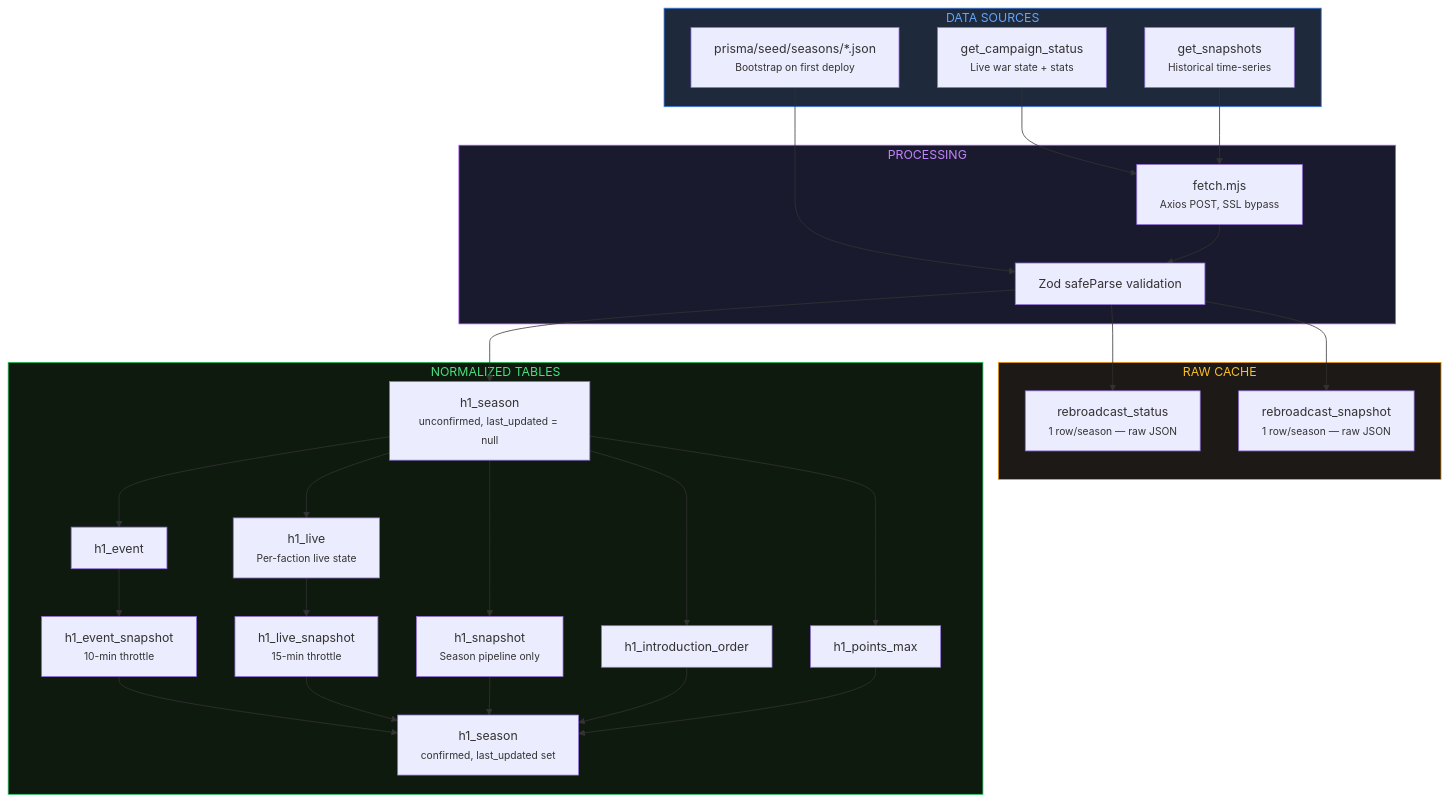
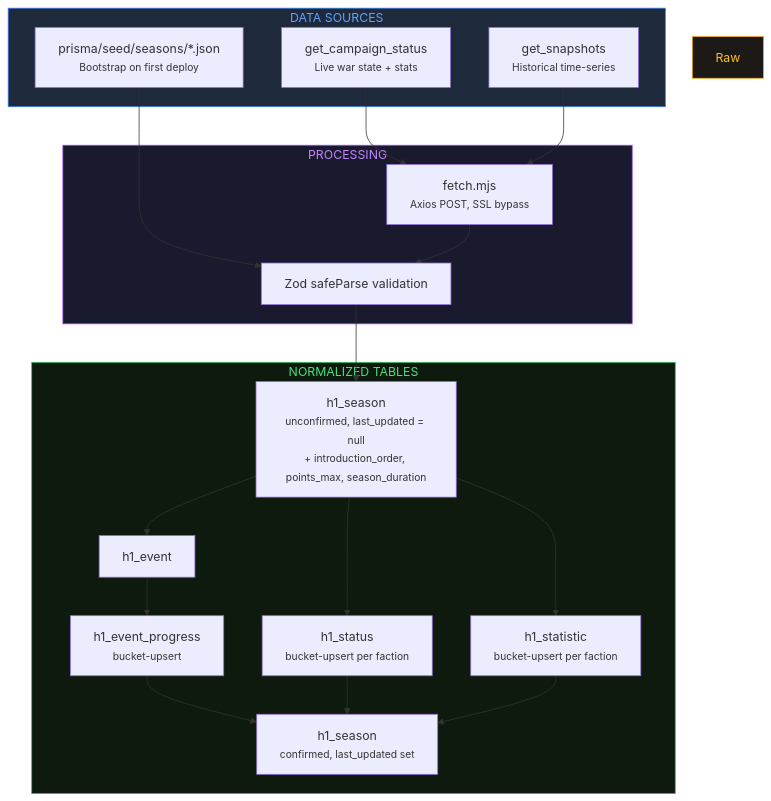
The first of 2 diagrams in src/app/docs/data-flow/page.mdx (elfensky/helldivers.bot), drawn with Mermaid before and after one commit. The commit also changed other lines of this file and 2 other files, not shown here.

First line of the commit message:
docs: update /docs pages for h1_* schema cleanup

````diff
--- a/src/app/docs/data-flow/page.mdx
+++ b/src/app/docs/data-flow/page.mdx
@@ -19,53 +19,39 @@
 ```mermaid
 graph TD
     subgraph Sources["DATA SOURCES"]
         API_STATUS["get_campaign_status<br/><small>Live war state + stats</small>"]
         API_SNAP["get_snapshots<br/><small>Historical time-series</small>"]
         SEED["prisma/seed/seasons/*.json<br/><small>Bootstrap on first deploy</small>"]
     end
 
     subgraph Processing["PROCESSING"]
         FETCH["fetch.mjs<br/><small>Axios POST, SSL bypass</small>"]
         ZOD["Zod safeParse validation"]
     end
 
-    subgraph Raw["RAW CACHE"]
-        RB_STATUS["rebroadcast_status<br/><small>1 row/season — raw JSON</small>"]
-        RB_SNAP["rebroadcast_snapshot<br/><small>1 row/season — raw JSON</small>"]
-    end
-
     subgraph Normalized["NORMALIZED TABLES"]
-        SEASON_U["h1_season<br/><small>unconfirmed, last_updated = null</small>"]
+        SEASON_U["h1_season<br/><small>unconfirmed, last_updated = null<br/>+ introduction_order, points_max, season_duration</small>"]
         EVENT["h1_event"]
-        EVENT_SNAP["h1_event_snapshot<br/><small>10-min throttle</small>"]
-        INTRO["h1_introduction_order"]
-        POINTS["h1_points_max"]
-        LIVE["h1_live<br/><small>Per-faction live state</small>"]
-        LIVE_SNAP["h1_live_snapshot<br/><small>15-min throttle</small>"]
-        SNAPSHOT["h1_snapshot<br/><small>Season pipeline only</small>"]
+        EVENT_PROG["h1_event_progress<br/><small>bucket-upsert</small>"]
+        STATUS["h1_status<br/><small>bucket-upsert per faction</small>"]
+        STATISTIC["h1_statistic<br/><small>bucket-upsert per faction</small>"]
         SEASON_C["h1_season<br/><small>confirmed, last_updated set</small>"]
     end
 
     API_STATUS --> FETCH
     API_SNAP --> FETCH
     SEED --> ZOD
     FETCH --> ZOD
-    ZOD --> RB_STATUS
-    ZOD --> RB_SNAP
     ZOD --> SEASON_U
-    SEASON_U --> EVENT --> EVENT_SNAP
-    SEASON_U --> INTRO
-    SEASON_U --> POINTS
-    SEASON_U --> LIVE --> LIVE_SNAP
-    SEASON_U --> SNAPSHOT
-    EVENT_SNAP --> SEASON_C
-    LIVE_SNAP --> SEASON_C
-    SNAPSHOT --> SEASON_C
-    INTRO --> SEASON_C
-    POINTS --> SEASON_C
+    SEASON_U --> EVENT --> EVENT_PROG
+    SEASON_U --> STATUS
+    SEASON_U --> STATISTIC
+    EVENT_PROG --> SEASON_C
+    STATUS --> SEASON_C
+    STATISTIC --> SEASON_C
 
     style Sources fill:#1e293b,stroke:#3b82f6,color:#60a5fa
     style Processing fill:#1a1a2e,stroke:#a855f7,color:#c084fc
     style Raw fill:#1c1917,stroke:#f59e0b,color:#fbbf24
     style Normalized fill:#0f1a0f,stroke:#22c55e,color:#4ade80
 ```
````
